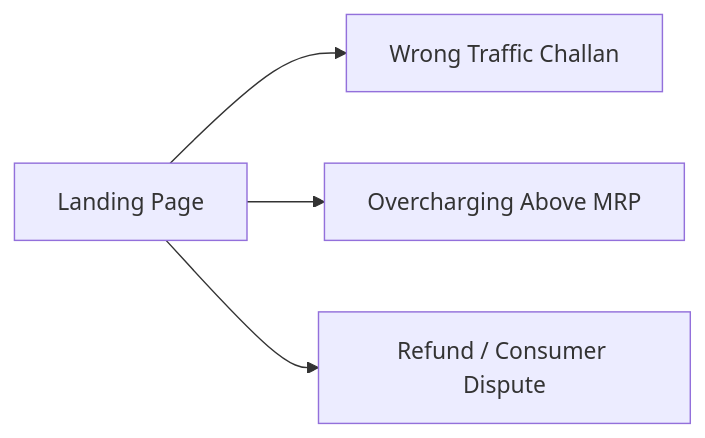
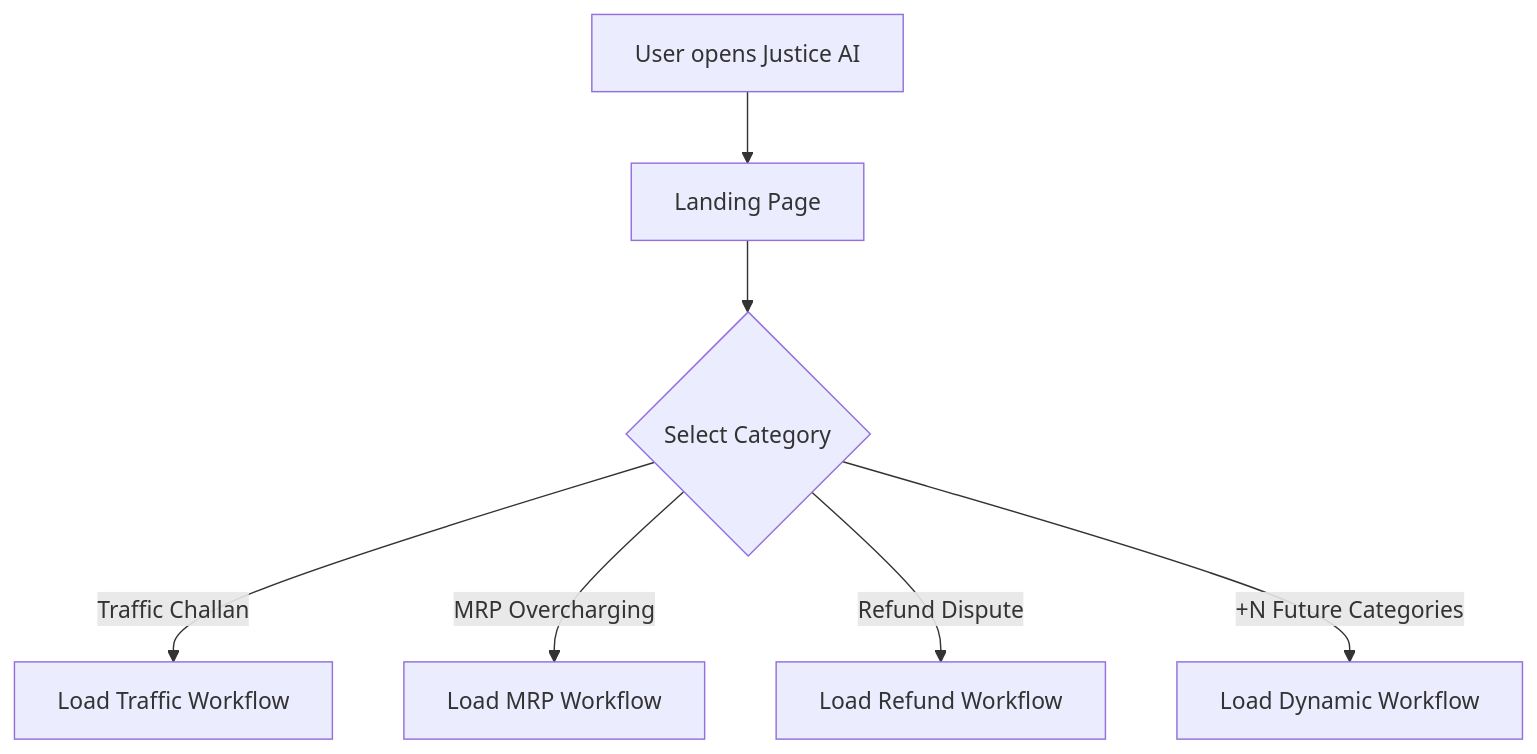
The second of 8 diagrams in README.md (SudhanshuBiswas01/Justice-AI), drawn with Mermaid before and after one commit. The commit also changed other lines of this file, not shown here.

First line of the commit message:
docs: align HLD Mermaid diagrams with author flowchart

````diff
--- a/README.md
+++ b/README.md
@@ -56,6 +75,9 @@
 ```mermaid
-flowchart LR
-    LP[Landing Page] --> T[Wrong Traffic Challan]
-    LP --> M[Overcharging Above MRP]
-    LP --> R[Refund / Consumer Dispute]
+flowchart TD
+    A[User opens Justice AI] --> B[Landing Page]
+    B --> C{Select Category}
+    C -->|Traffic Challan| D[Load Traffic Workflow]
+    C -->|MRP Overcharging| E[Load MRP Workflow]
+    C -->|Refund Dispute| F[Load Refund Workflow]
+    C -->|+N Future Categories| G[Load Dynamic Workflow]
 ```
````
